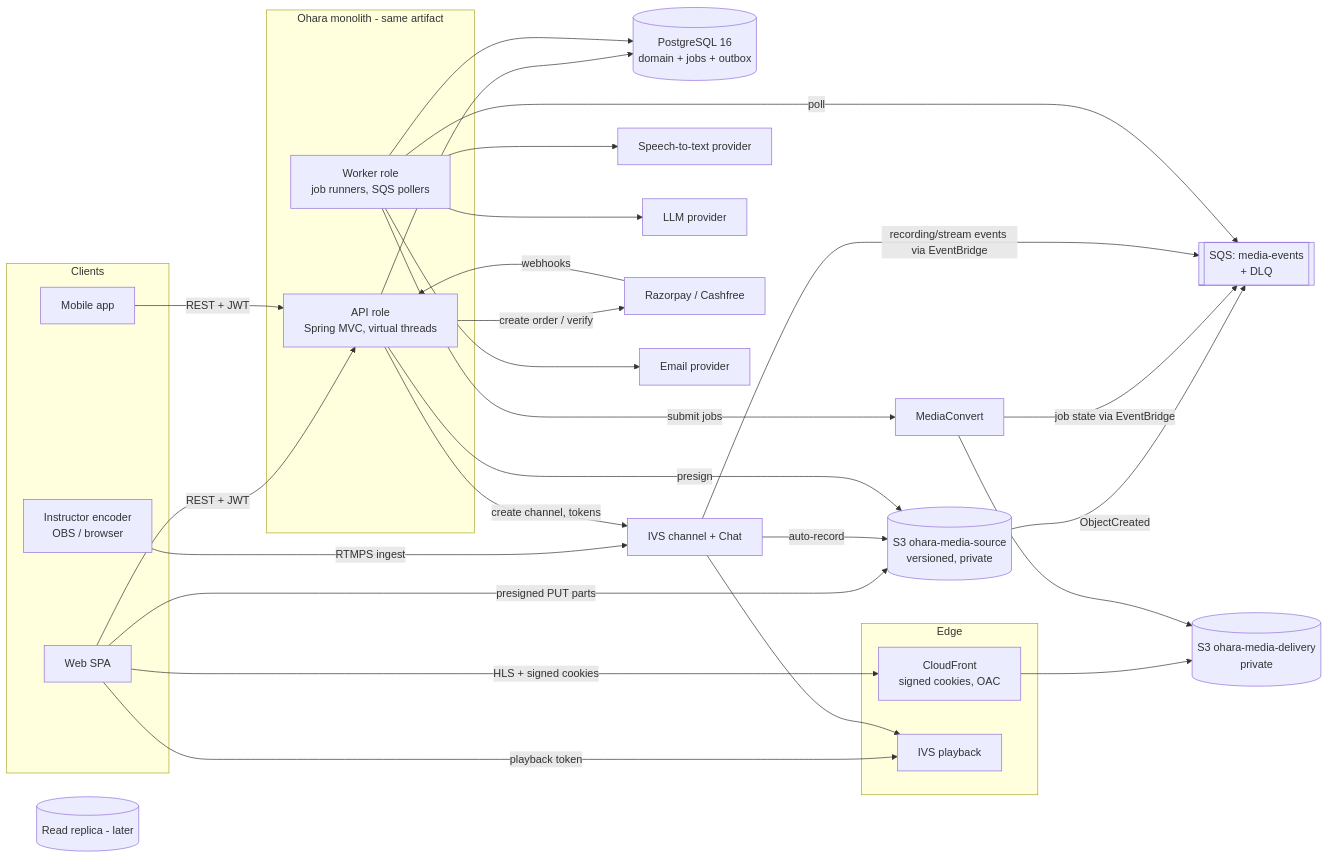
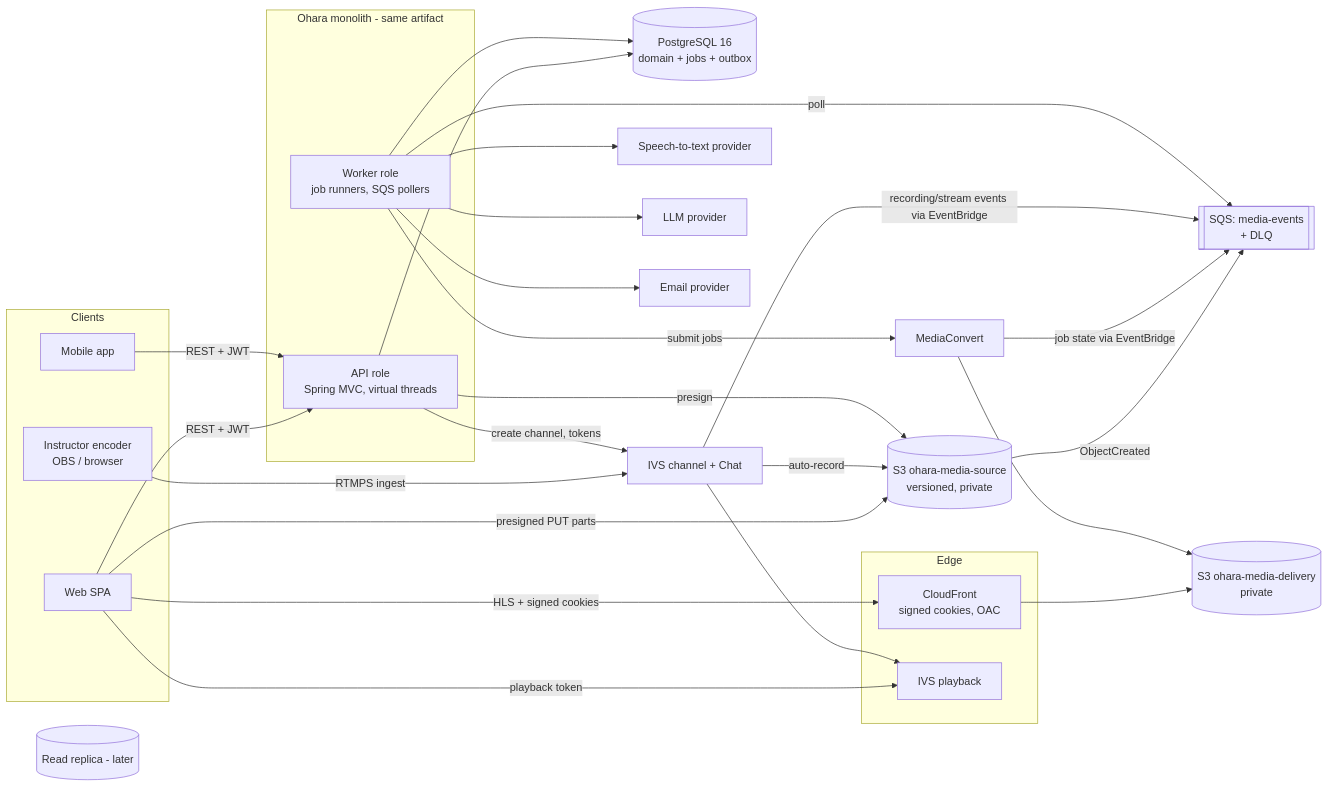
One commit to poddar98/Ohara changed the diagram in docs/architecture/02-target-architecture.md. Above: the diagram before and after it, drawn with Mermaid. The commit also changed other lines of this file and 11 other files, not shown here.

````diff
--- a/docs/architecture/02-target-architecture.md
+++ b/docs/architecture/02-target-architecture.md
@@ -36,56 +35,53 @@
 ```mermaid
 flowchart LR
   subgraph Clients
     WEB[Web SPA]
     MOB[Mobile app]
     OBS[Instructor encoder<br/>OBS / browser]
   end
 
   subgraph AWS_Edge[Edge]
     CF[CloudFront<br/>signed cookies, OAC]
     IVSP[IVS playback]
   end
 
   subgraph App[Ohara monolith - same artifact]
     API[API role<br/>Spring MVC, virtual threads]
     WRK[Worker role<br/>job runners, SQS pollers]
   end
 
   PG[(PostgreSQL 16<br/>domain + jobs + outbox)]
   RDS_RO[(Read replica - later)]
   S3SRC[(S3 ohara-media-source<br/>versioned, private)]
   S3DEL[(S3 ohara-media-delivery<br/>private)]
   SQS[[SQS: media-events<br/>+ DLQ]]
   MC[MediaConvert]
   IVS[IVS channel + Chat]
   STT[Speech-to-text provider]
   LLM[LLM provider]
-  PAY[Razorpay / Cashfree]
   MAIL[Email provider]
 
   WEB -- REST + JWT --> API
   MOB -- REST + JWT --> API
   WEB -- presigned PUT parts --> S3SRC
   WEB -- HLS + signed cookies --> CF
   CF --> S3DEL
   OBS -- RTMPS ingest --> IVS
   WEB -- playback token --> IVSP
   IVS --> IVSP
   IVS -- auto-record --> S3SRC
 
   API --> PG
   WRK --> PG
   API -- presign --> S3SRC
   S3SRC -- ObjectCreated --> SQS
   MC -- job state via EventBridge --> SQS
   IVS -- recording/stream events via EventBridge --> SQS
   WRK -- poll --> SQS
   WRK -- submit jobs --> MC
   MC --> S3DEL
   WRK --> STT
   WRK --> LLM
-  API -- create order / verify --> PAY
-  PAY -- webhooks --> API
   WRK --> MAIL
   API -- create channel, tokens --> IVS
 ```
````
